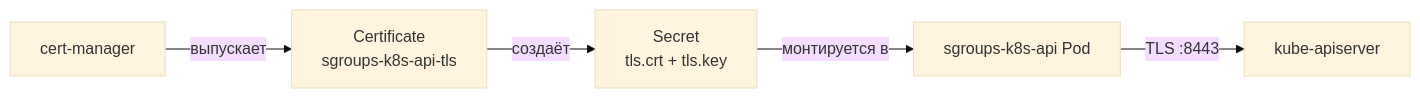
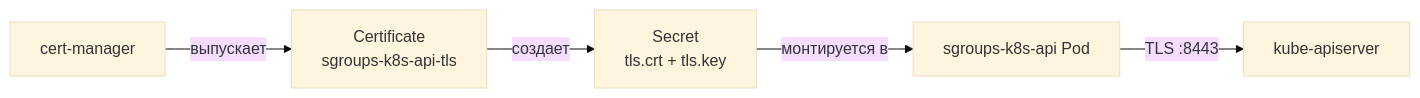
The diagram in docs/install/k8s.mdx (PRO-Robotech/sgroups-docs), drawn with Mermaid (base theme) before and after one commit. The commit also changed 34 other files, not shown here.

````diff
--- a/docs/install/k8s.mdx
+++ b/docs/install/k8s.mdx
@@ -193,7 +193,7 @@
 ```mermaid
 graph LR
     CM["cert-manager"] -->|"выпускает"| CERT["Certificate<br/>sgroups-k8s-api-tls"]
-    CERT -->|"создаёт"| SECRET["Secret<br/>tls.crt + tls.key"]
+    CERT -->|"создает"| SECRET["Secret<br/>tls.crt + tls.key"]
     SECRET -->|"монтируется в"| POD["sgroups-k8s-api Pod"]
     POD -->|"TLS :8443"| KUBE["kube-apiserver"]
 ```
````
